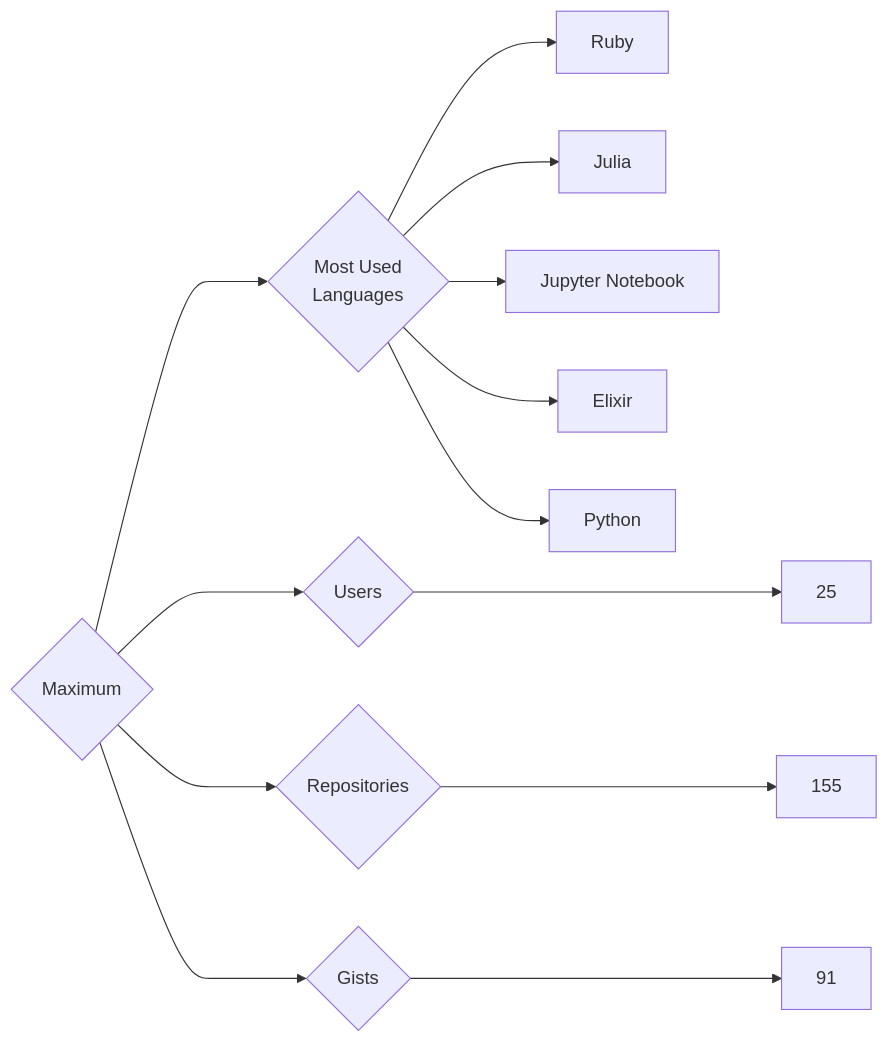
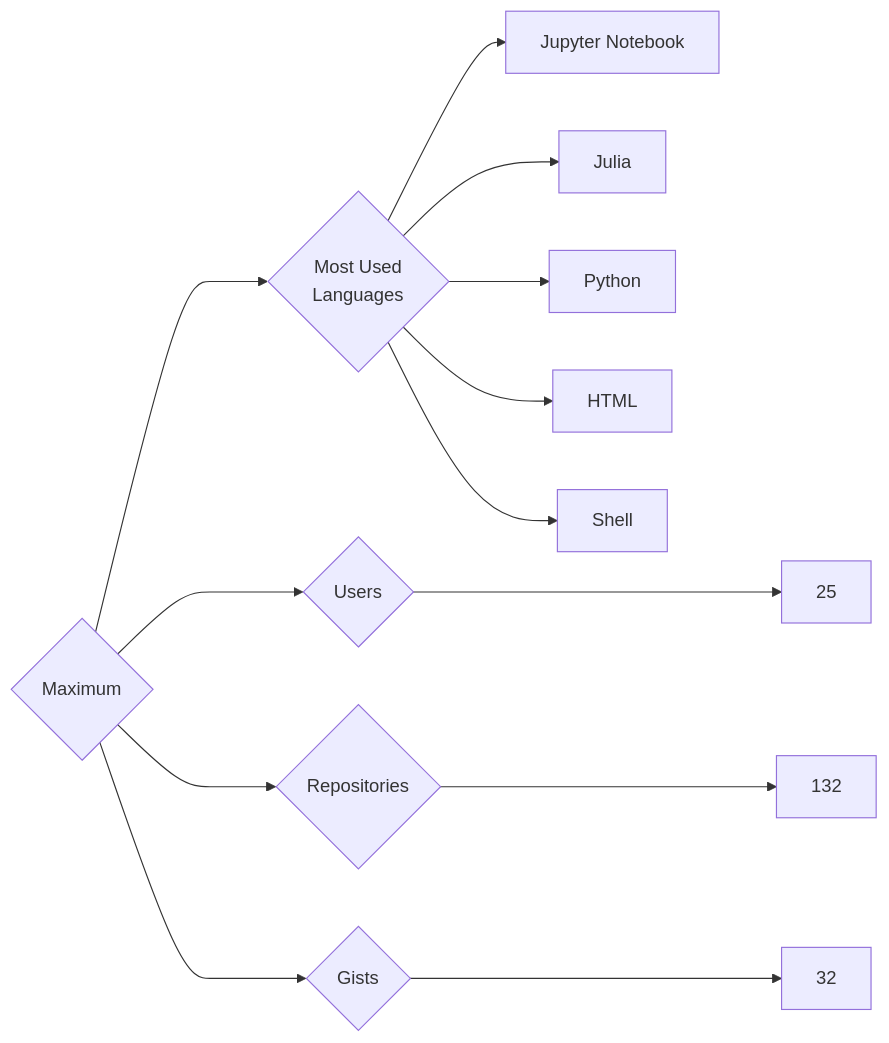
The diagram in targets/Maximum/README.md (trickest/insiders), drawn with Mermaid before and after one commit. The commit also changed 928 other files, not shown here.

````diff
--- a/targets/Maximum/README.md
+++ b/targets/Maximum/README.md
@@ -3,13 +3,13 @@
 ```mermaid
 graph LR
 COMPANY_NAME{Maximum}
 COMPANY_NAME ---> U{Users} ---> UN[25]
-COMPANY_NAME ---> R{Repositories} ---> RN[155]
-COMPANY_NAME ---> G{Gists} ---> GN[91]
+COMPANY_NAME ---> R{Repositories} ---> RN[132]
+COMPANY_NAME ---> G{Gists} ---> GN[32]
 COMPANY_NAME ---> ML{Most Used<br>Languages}
-ML --> Ruby[Ruby]
+ML --> Jupyter_Notebook[Jupyter Notebook]
 ML --> Julia[Julia]
-ML --> Jupyter_Notebook[Jupyter Notebook]
-ML --> Elixir[Elixir]
 ML --> Python[Python]
+ML --> HTML[HTML]
+ML --> Shell[Shell]
 ```
````
